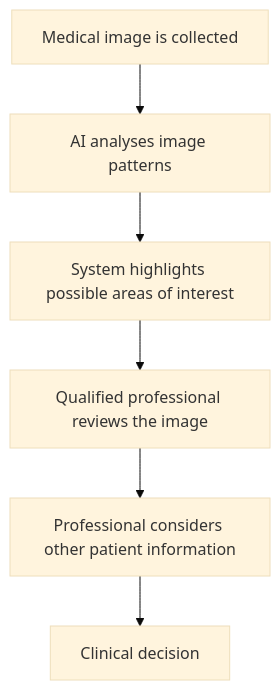
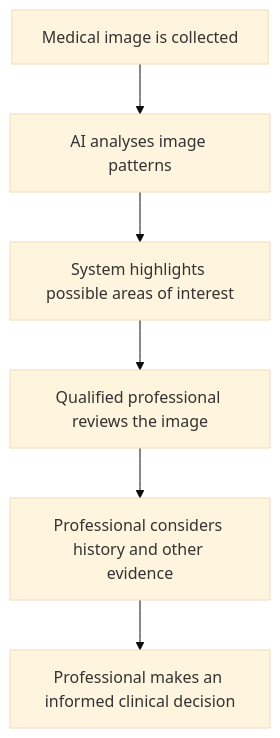
The third of 6 diagrams in content/03_applications-of-ai.md (NicolausLionel/SLN), drawn with Mermaid (base theme) before and after one commit. The commit also changed other lines of this file, not shown here.

````diff
--- a/content/03_applications-of-ai.md
+++ b/content/03_applications-of-ai.md
@@ -121,8 +269,8 @@
 ```mermaid
 flowchart TD
  A[Medical image is collected] --> B[AI analyses image patterns]
  B --> C[System highlights possible areas of interest]
  C --> D[Qualified professional reviews the image]
- D --> E[Professional considers other patient information]
- E --> F[Clinical decision]
+ D --> E[Professional considers history and other evidence]
+ E --> F[Professional makes an informed clinical decision]
 ```
````
